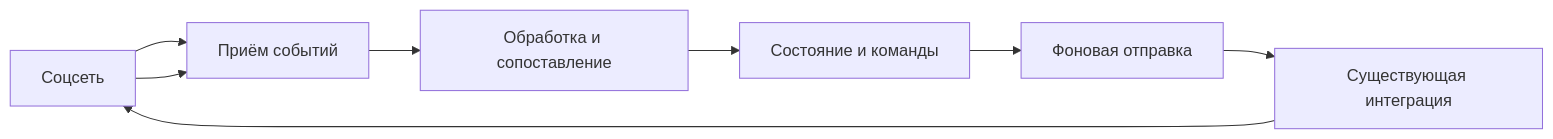
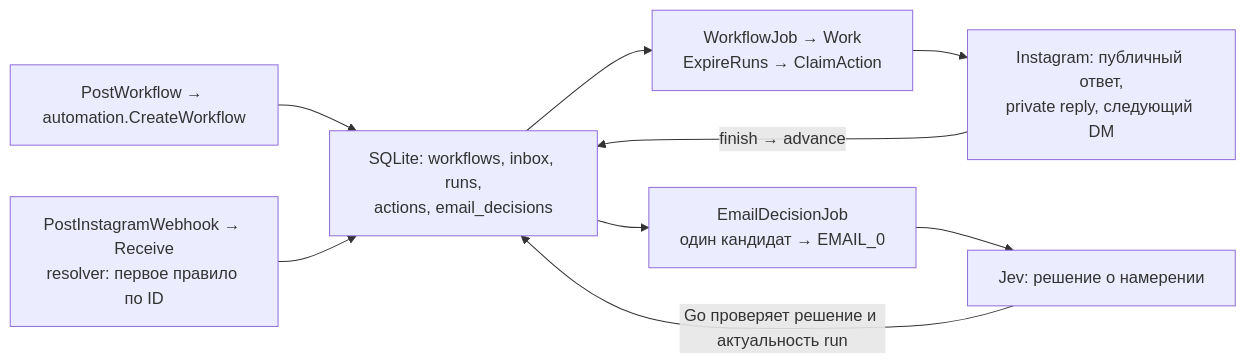
Before and after one commit to doxanocap/blotato: the first of 4 diagrams in docs/tasks/2026-1028-plan-start.md, drawn with Mermaid. The commit also changed other lines of this file and 114 other files, not shown here.

````diff
--- a/docs/tasks/2026-1028-plan-start.md
+++ b/docs/tasks/2026-1028-plan-start.md
@@ -139,10 +164,11 @@
 ```mermaid
 flowchart LR
-    S["Соцсеть"] --> I["Приём событий"]
-    I --> E["Обработка и сопоставление"]
-    E --> D["Состояние и команды"]
-    D --> W["Фоновая отправка"]
-    W --> X["Существующая интеграция"]
-    X --> S
-    S --> I
+    A["PostWorkflow → automation.CreateWorkflow"] --> D["SQLite: workflows, inbox, runs,<br/>actions, email_decisions"]
+    H["PostInstagramWebhook → Receive<br/>resolver: первое правило по ID"] --> D
+    D --> W["WorkflowJob → Work<br/>ExpireRuns → ClaimAction"]
+    W --> P["Instagram: публичный ответ,<br/>private reply, следующий DM"]
+    P -->|"finish → advance"| D
+    D --> E["EmailDecisionJob<br/>один кандидат → EMAIL_0"]
+    E --> J["Jev: решение о намерении"]
+    J -->|"Go проверяет решение и актуальность run"| D
 ```
````
